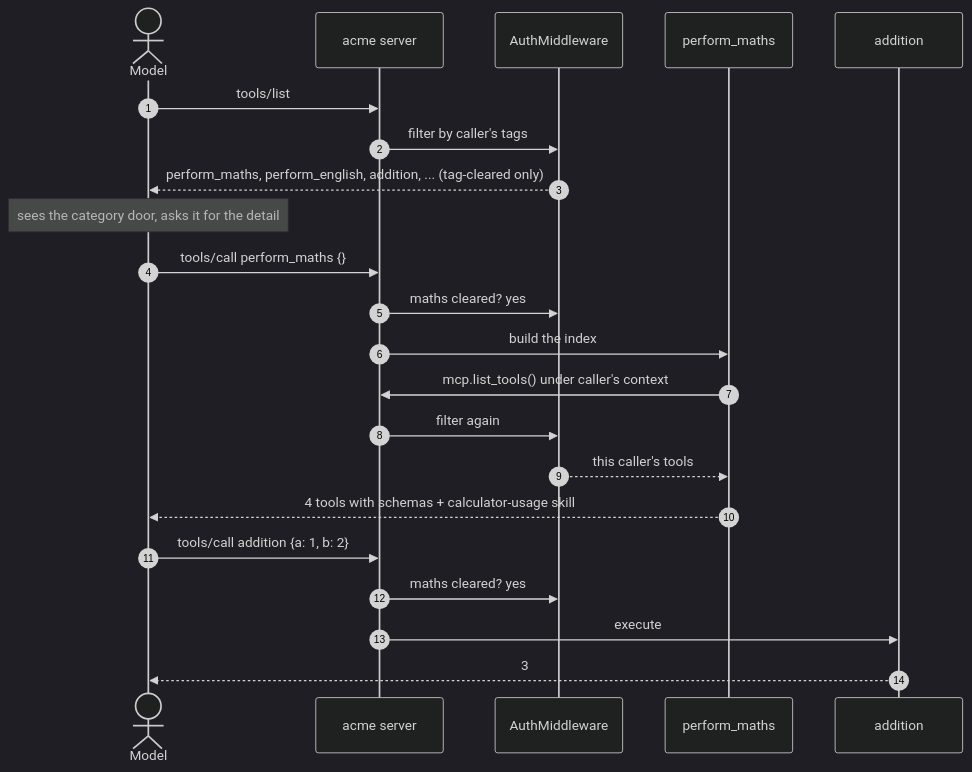
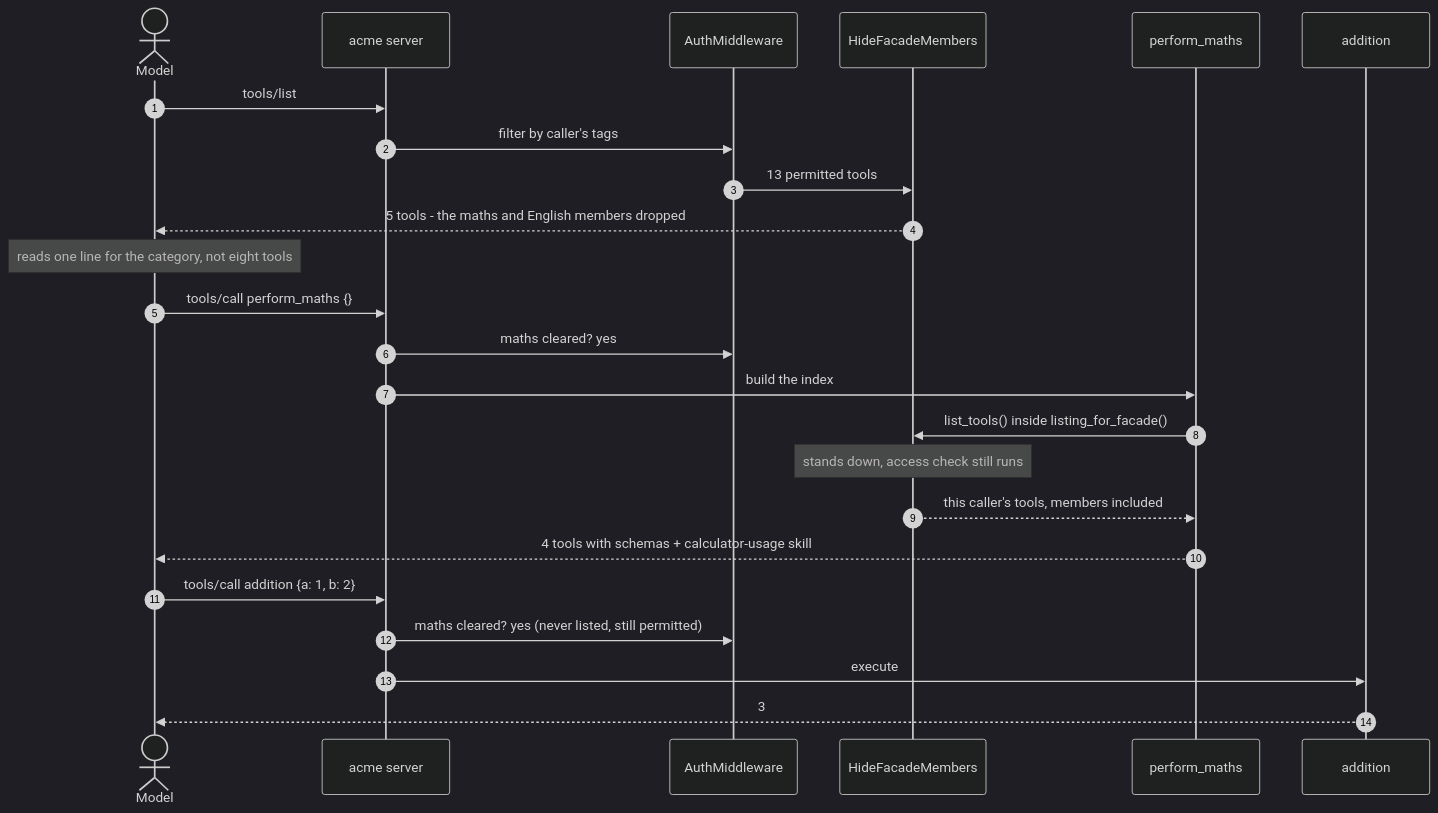
Before and after one commit to MattJColes/acme-mcp: the second of 2 diagrams in docs/tool-grouping.md, drawn with Mermaid (dark theme). The commit also changed other lines of this file and 6 other files, not shown here.

First line of the commit message:
feat: hide facade members from tools/list, keep them callable

````diff
--- a/docs/tool-grouping.md
+++ b/docs/tool-grouping.md
@@ -132,28 +146,30 @@
 ```mermaid
 sequenceDiagram
     autonumber
     actor m as Model
     participant s as acme server
     participant a as AuthMiddleware
+    participant h as HideFacadeMembers
     participant f as perform_maths
     participant t as addition
 
     m->>s: tools/list
     s->>a: filter by caller's tags
-    a-->>m: perform_maths, perform_english, addition, ... (tag-cleared only)
+    a->>h: 13 permitted tools
+    h-->>m: 5 tools - the maths and English members dropped
 
-    note over m: sees the category door, asks it for the detail
+    note over m: reads one line for the category, not eight tools
 
     m->>s: tools/call perform_maths {}
     s->>a: maths cleared? yes
     s->>f: build the index
-    f->>s: mcp.list_tools() under caller's context
-    s->>a: filter again
-    a-->>f: this caller's tools
+    f->>h: list_tools() inside listing_for_facade()
+    note over h: stands down, access check still runs
+    h-->>f: this caller's tools, members included
     f-->>m: 4 tools with schemas + calculator-usage skill
 
     m->>s: tools/call addition {a: 1, b: 2}
-    s->>a: maths cleared? yes
+    s->>a: maths cleared? yes (never listed, still permitted)
     s->>t: execute
     t-->>m: 3
 ```
````
